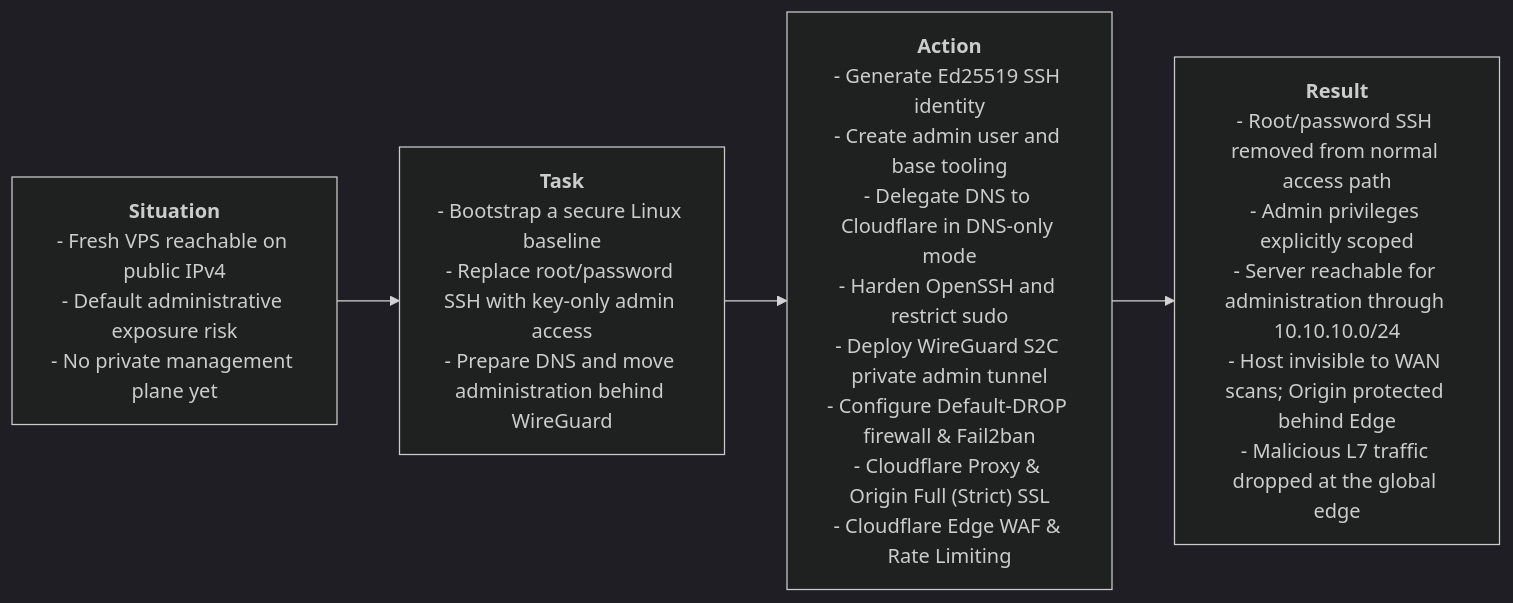
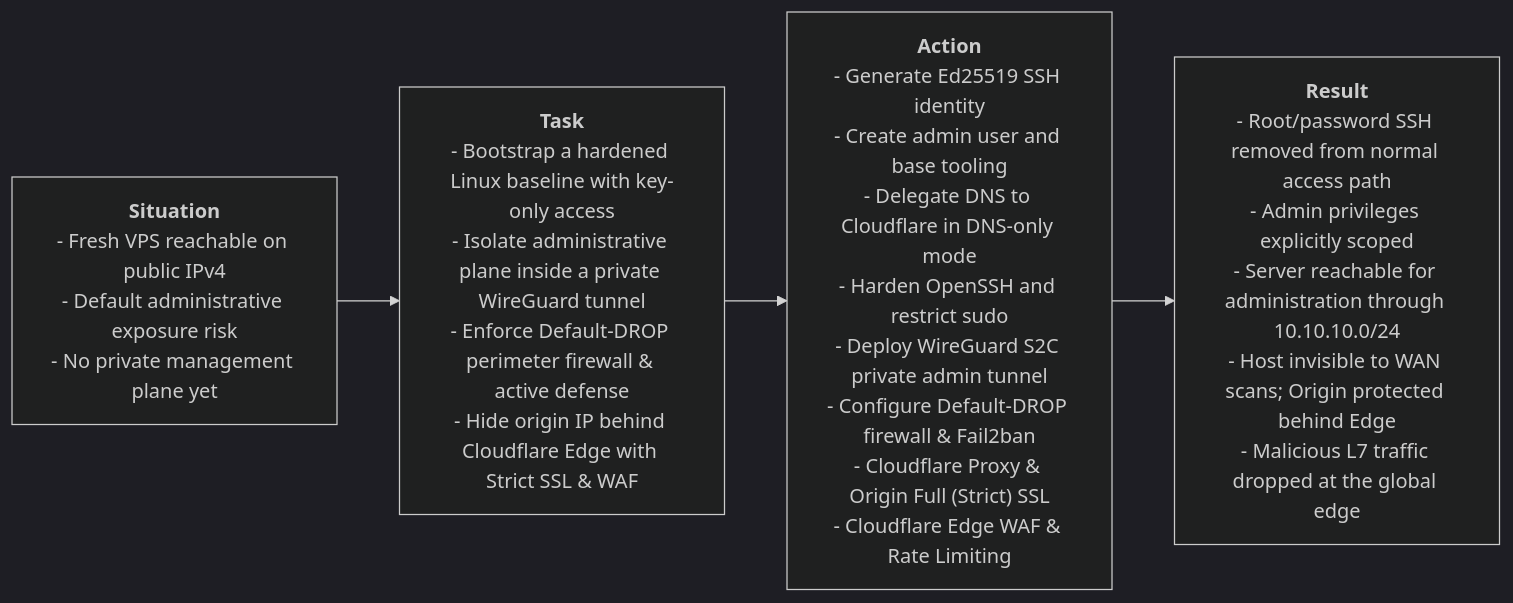
The diagram in cases/case-01-perimeter-foundation-and-zero-trust-admin/00-overview.md (gabzaf/zero-trust-vps-platform), drawn with Mermaid (dark theme) before and after one commit. The commit also changed other lines of this file, not shown here.

Commit message:
organizing

````diff
--- a/cases/case-01-perimeter-foundation-and-zero-trust-admin/00-overview.md
+++ b/cases/case-01-perimeter-foundation-and-zero-trust-admin/00-overview.md
@@ -13,9 +13,9 @@
 ```mermaid
 flowchart LR
     S["<b>Situation</b><br/>- Fresh VPS reachable on public IPv4<br/>- Default administrative exposure risk<br/>- No private management plane yet"]
-    T["<b>Task</b><br/>- Bootstrap a secure Linux baseline<br/>- Replace root/password SSH with key-only admin access<br/>- Prepare DNS and move administration behind WireGuard"]
+    T["<b>Task</b><br/>- Bootstrap a hardened Linux baseline with key-only access<br/>- Isolate administrative plane inside a private WireGuard tunnel<br/>- Enforce Default-DROP perimeter firewall & active defense<br/>- Hide origin IP behind Cloudflare Edge with Strict SSL & WAF"]
     A["<b>Action</b><br/>- Generate Ed25519 SSH identity<br/>- Create admin user and base tooling<br/>- Delegate DNS to Cloudflare in DNS-only mode<br/>- Harden OpenSSH and restrict sudo<br/>- Deploy WireGuard S2C private admin tunnel<br/>- Configure Default-DROP firewall & Fail2ban<br/>- Cloudflare Proxy & Origin Full (Strict) SSL<br/>- Cloudflare Edge WAF & Rate Limiting"]
     R["<b>Result</b><br/>- Root/password SSH removed from normal access path<br/>- Admin privileges explicitly scoped<br/>- Server reachable for administration through 10.10.10.0/24<br/>- Host invisible to WAN scans; Origin protected behind Edge<br/>- Malicious L7 traffic dropped at the global edge"]
 
     S --> T --> A --> R
 ```
````
